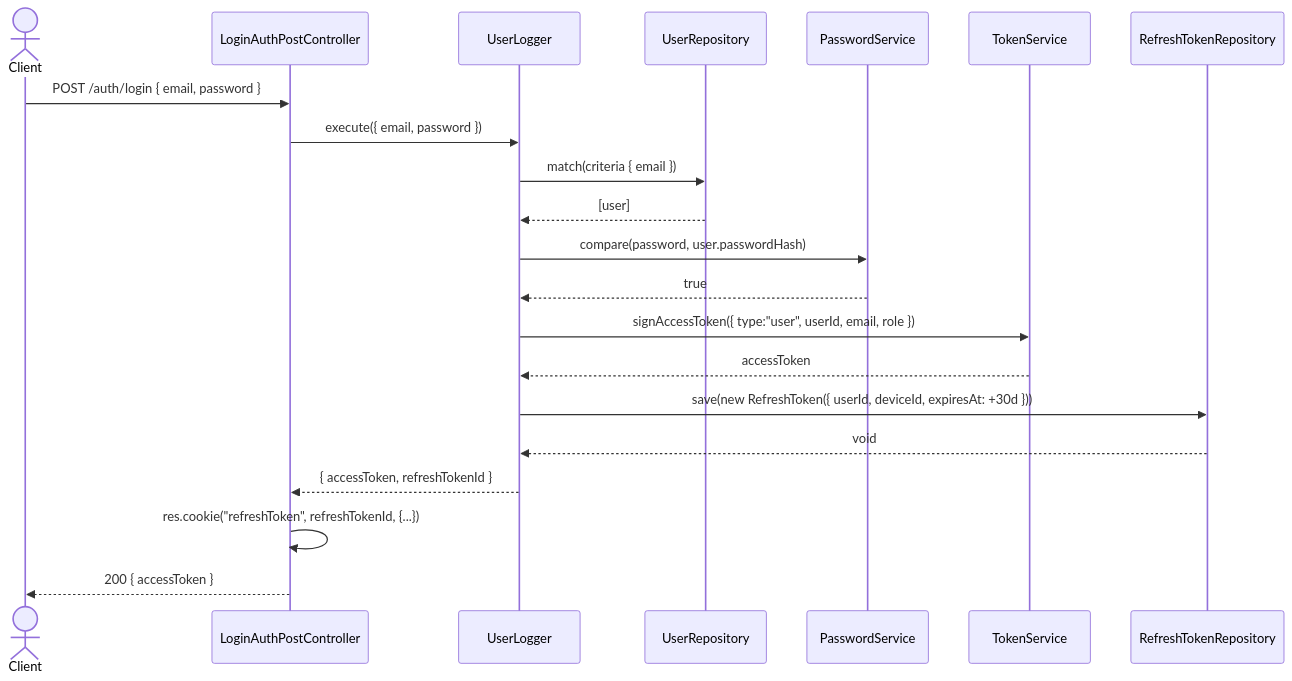
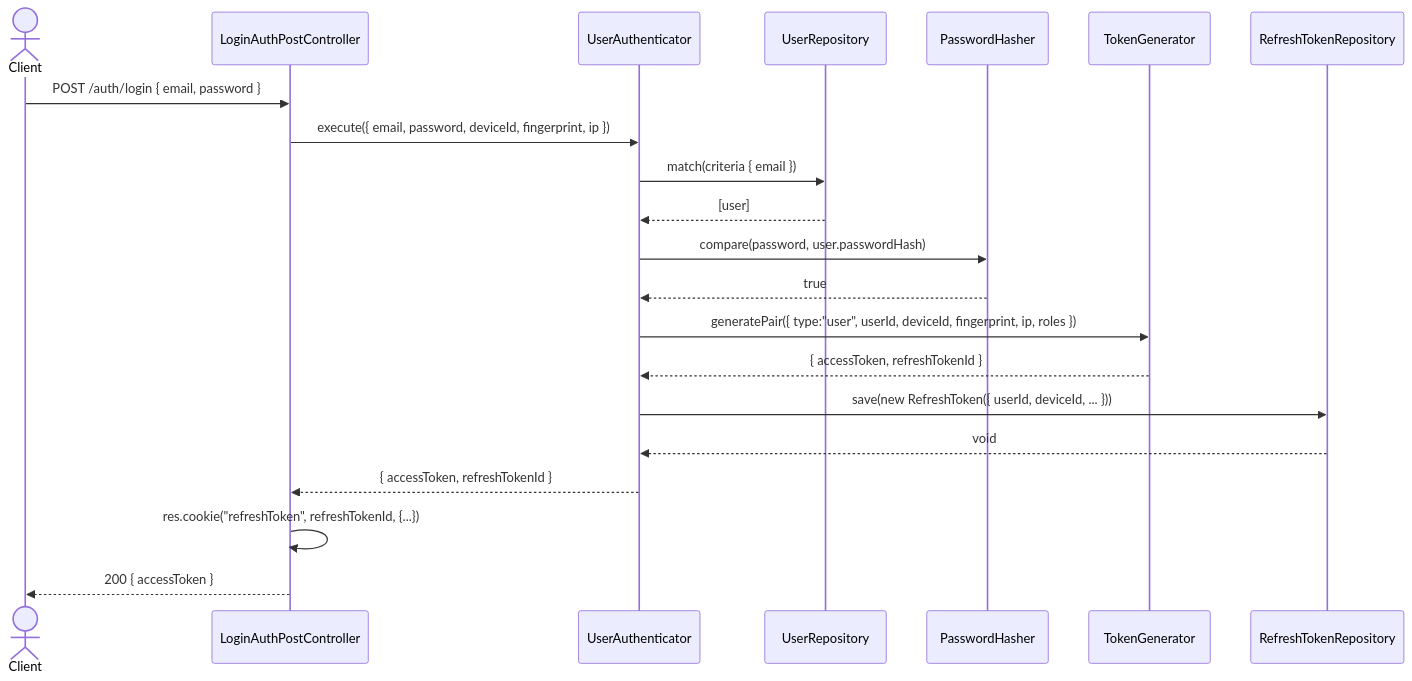
Before and after one commit to AbrahamVilchesDeLaCruz/ididntcatchthat: the first of 2 diagrams in docs/apps/api/identity/login/sequence.md, drawn with Mermaid. The commit also changed other lines of this file and 7 other files, not shown here.

````diff
--- a/docs/apps/api/identity/login/sequence.md
+++ b/docs/apps/api/identity/login/sequence.md
@@ -7,29 +7,29 @@
 ```mermaid
 sequenceDiagram
     actor Client
     participant C as LoginAuthPostController
-    participant UC as UserLogger
+    participant UC as UserAuthenticator
     participant UREPO as UserRepository
-    participant PS as PasswordService
-    participant TS as TokenService
+    participant PH as PasswordHasher
+    participant TG as TokenGenerator
     participant RTREPO as RefreshTokenRepository
 
     Client->>C: POST /auth/login { email, password }
-    C->>UC: execute({ email, password })
+    C->>UC: execute({ email, password, deviceId, fingerprint, ip })
 
     UC->>UREPO: match(criteria { email })
     UREPO-->>UC: [user]
 
-    UC->>PS: compare(password, user.passwordHash)
-    PS-->>UC: true
+    UC->>PH: compare(password, user.passwordHash)
+    PH-->>UC: true
 
-    UC->>TS: signAccessToken({ type:"user", userId, email, role })
-    TS-->>UC: accessToken
+    UC->>TG: generatePair({ type:"user", userId, deviceId, fingerprint, ip, roles })
+    TG-->>UC: { accessToken, refreshTokenId }
 
-    UC->>RTREPO: save(new RefreshToken({ userId, deviceId, expiresAt: +30d }))
+    UC->>RTREPO: save(new RefreshToken({ userId, deviceId, ... }))
     RTREPO-->>UC: void
 
     UC-->>C: { accessToken, refreshTokenId }
     C->>C: res.cookie("refreshToken", refreshTokenId, {...})
     C-->>Client: 200 { accessToken }
 ```
````
